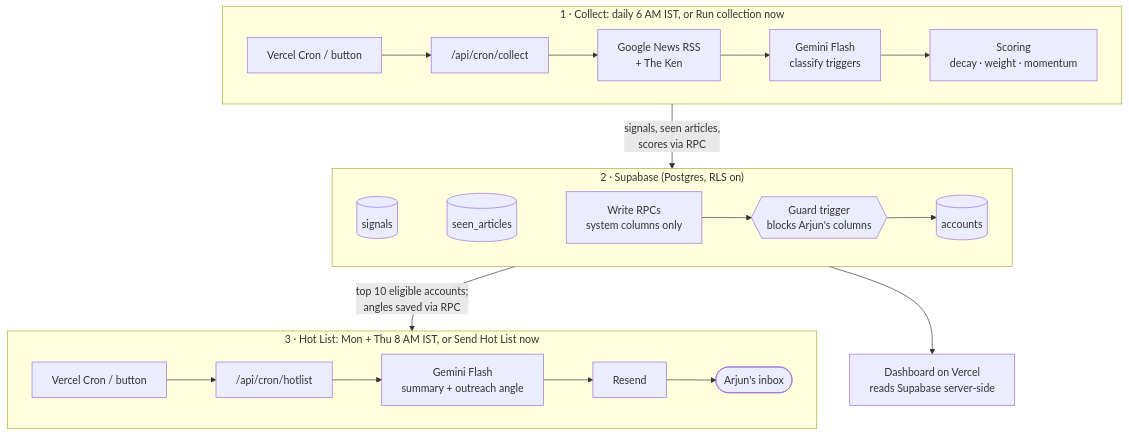
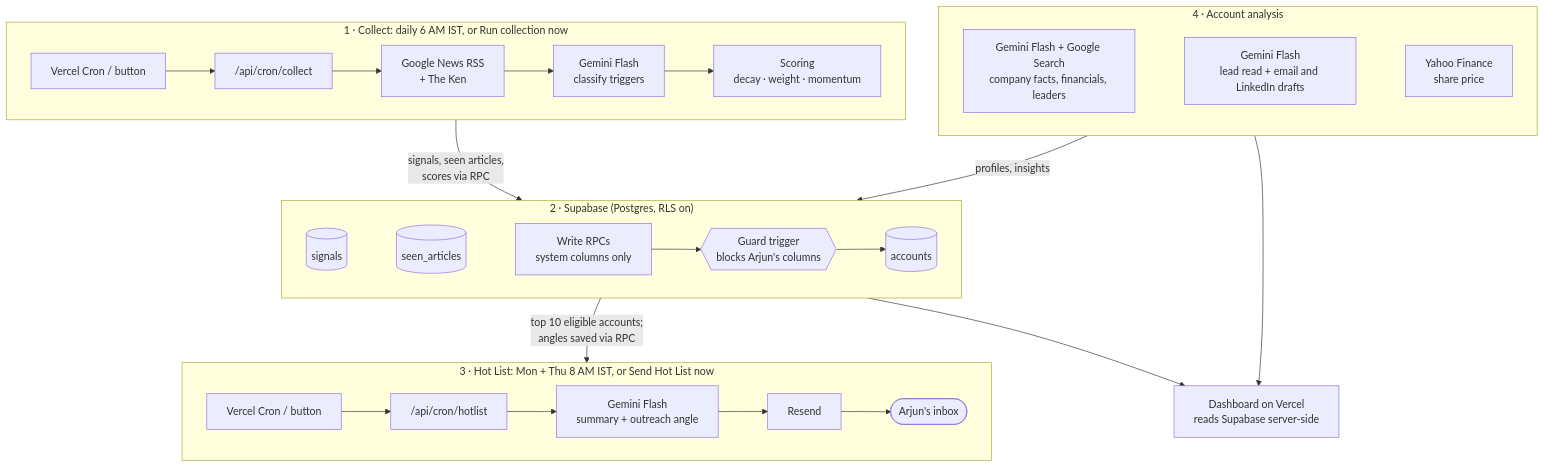
One commit to rajshreemohta-sys/soft-launch changed the diagram in README.md. Above: the diagram before and after it, drawn with Mermaid. The commit also changed other lines of this file and 29 other files, not shown here.

Commit message:
Redesign: signal logo, lead temperature meters and charts, full company analysis with research, stock, news and outreach drafts

````diff
--- a/README.md
+++ b/README.md
@@ -34,23 +34,30 @@
 ```mermaid
 flowchart TB
   subgraph collect["1 · Collect: daily 6 AM IST, or Run collection now"]
     direction LR
     cron1["Vercel Cron / button"] --> collectRoute["/api/cron/collect"] --> rss["Google News RSS<br/>+ The Ken"] --> gem1["Gemini Flash<br/>classify triggers"] --> score["Scoring<br/>decay · weight · momentum"]
   end
 
   subgraph db["2 · Supabase (Postgres, RLS on)"]
     direction LR
     signals[("signals")] ~~~ seen[("seen_articles")] ~~~ rpc["Write RPCs<br/>system columns only"] --> guard{{"Guard trigger<br/>blocks Arjun's columns"}} --> accounts[("accounts")]
   end
 
   subgraph hot["3 · Hot List: Mon + Thu 8 AM IST, or Send Hot List now"]
     direction LR
     cron2["Vercel Cron / button"] --> hotRoute["/api/cron/hotlist"] --> gem2["Gemini Flash<br/>summary + outreach angle"] --> resend["Resend"] --> inbox(["Arjun's inbox"])
   end
 
+  subgraph analysis["4 · Account analysis"]
+    direction LR
+    research["Gemini Flash + Google Search<br/>company facts, financials, leaders"] ~~~ insight["Gemini Flash<br/>lead read + email and LinkedIn drafts"] ~~~ yahoo["Yahoo Finance<br/>share price"]
+  end
+
   dash["Dashboard on Vercel<br/>reads Supabase server-side"]
 
   collect -- "signals, seen articles,<br/>scores via RPC" --> db
   db -- "top 10 eligible accounts;<br/>angles saved via RPC" --> hot
+  analysis -- "profiles, insights" --> db
   db --> dash
+  analysis --> dash
 ```
````
